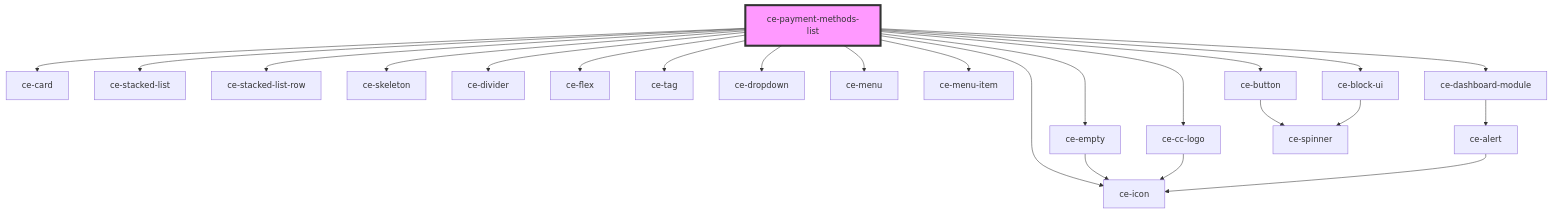
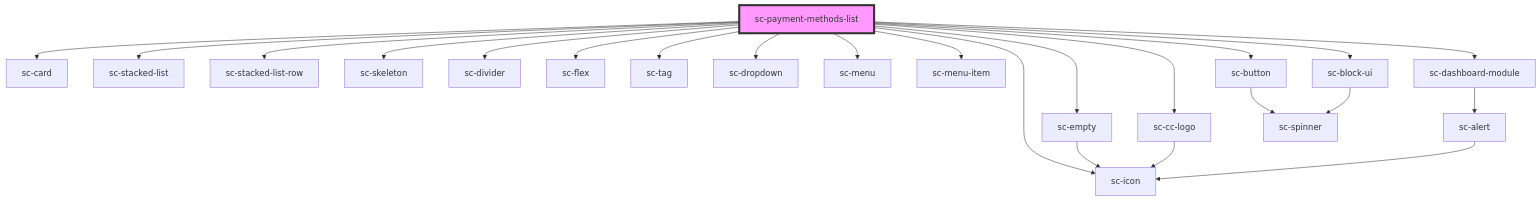
Before and after one commit to surecart/surecart-wp-plugin: the diagram in packages/components/src/components/controllers/dashboard/payment-methods-list/readme.md, drawn with Mermaid. The commit also changed other lines of this file and 1281 other files, not shown here.

````diff
--- a/packages/components/src/components/controllers/dashboard/payment-methods-list/readme.md
+++ b/packages/components/src/components/controllers/dashboard/payment-methods-list/readme.md
@@ -38,26 +38,26 @@
 ```mermaid
 graph TD;
-  ce-payment-methods-list --> ce-card
-  ce-payment-methods-list --> ce-stacked-list
-  ce-payment-methods-list --> ce-stacked-list-row
-  ce-payment-methods-list --> ce-skeleton
-  ce-payment-methods-list --> ce-divider
-  ce-payment-methods-list --> ce-empty
-  ce-payment-methods-list --> ce-flex
-  ce-payment-methods-list --> ce-cc-logo
-  ce-payment-methods-list --> ce-tag
-  ce-payment-methods-list --> ce-dropdown
-  ce-payment-methods-list --> ce-icon
-  ce-payment-methods-list --> ce-menu
-  ce-payment-methods-list --> ce-menu-item
-  ce-payment-methods-list --> ce-dashboard-module
-  ce-payment-methods-list --> ce-button
-  ce-payment-methods-list --> ce-block-ui
-  ce-empty --> ce-icon
-  ce-cc-logo --> ce-icon
-  ce-dashboard-module --> ce-alert
-  ce-alert --> ce-icon
-  ce-button --> ce-spinner
-  ce-block-ui --> ce-spinner
-  style ce-payment-methods-list fill:#f9f,stroke:#333,stroke-width:4px
+  sc-payment-methods-list --> sc-card
+  sc-payment-methods-list --> sc-stacked-list
+  sc-payment-methods-list --> sc-stacked-list-row
+  sc-payment-methods-list --> sc-skeleton
+  sc-payment-methods-list --> sc-divider
+  sc-payment-methods-list --> sc-empty
+  sc-payment-methods-list --> sc-flex
+  sc-payment-methods-list --> sc-cc-logo
+  sc-payment-methods-list --> sc-tag
+  sc-payment-methods-list --> sc-dropdown
+  sc-payment-methods-list --> sc-icon
+  sc-payment-methods-list --> sc-menu
+  sc-payment-methods-list --> sc-menu-item
+  sc-payment-methods-list --> sc-dashboard-module
+  sc-payment-methods-list --> sc-button
+  sc-payment-methods-list --> sc-block-ui
+  sc-empty --> sc-icon
+  sc-cc-logo --> sc-icon
+  sc-dashboard-module --> sc-alert
+  sc-alert --> sc-icon
+  sc-button --> sc-spinner
+  sc-block-ui --> sc-spinner
+  style sc-payment-methods-list fill:#f9f,stroke:#333,stroke-width:4px
 ```
````
